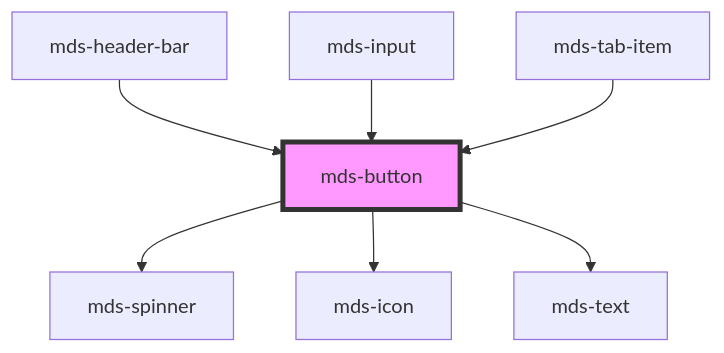
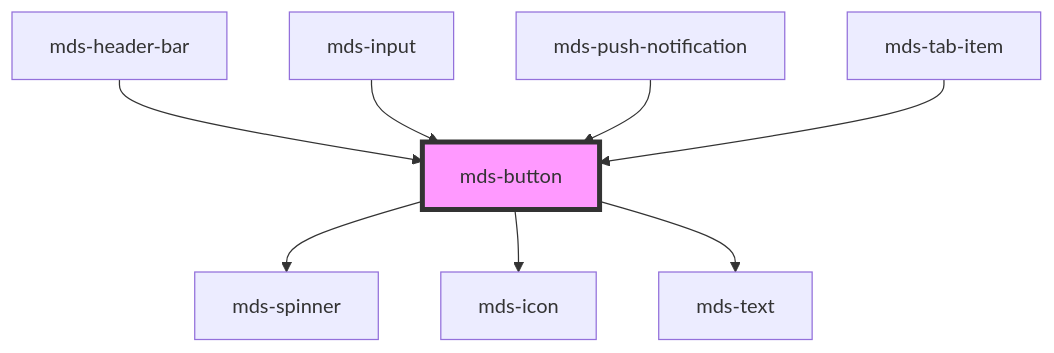
One commit to magma-design-system/magma changed the diagram in projects/stencil/src/components/mds-button/readme.md. Above: the diagram before and after it, drawn with Mermaid. The commit also changed other lines of this file and 2 other files, not shown here.

Commit message:
style(mds-button): fix missing focus animation in some cases

````diff
--- a/projects/stencil/src/components/mds-button/readme.md
+++ b/projects/stencil/src/components/mds-button/readme.md
@@ -71,10 +72,11 @@
 ```mermaid
 graph TD;
   mds-button --> mds-spinner
   mds-button --> mds-icon
   mds-button --> mds-text
   mds-header-bar --> mds-button
   mds-input --> mds-button
+  mds-push-notification --> mds-button
   mds-tab-item --> mds-button
   style mds-button fill:#f9f,stroke:#333,stroke-width:4px
 ```
````
